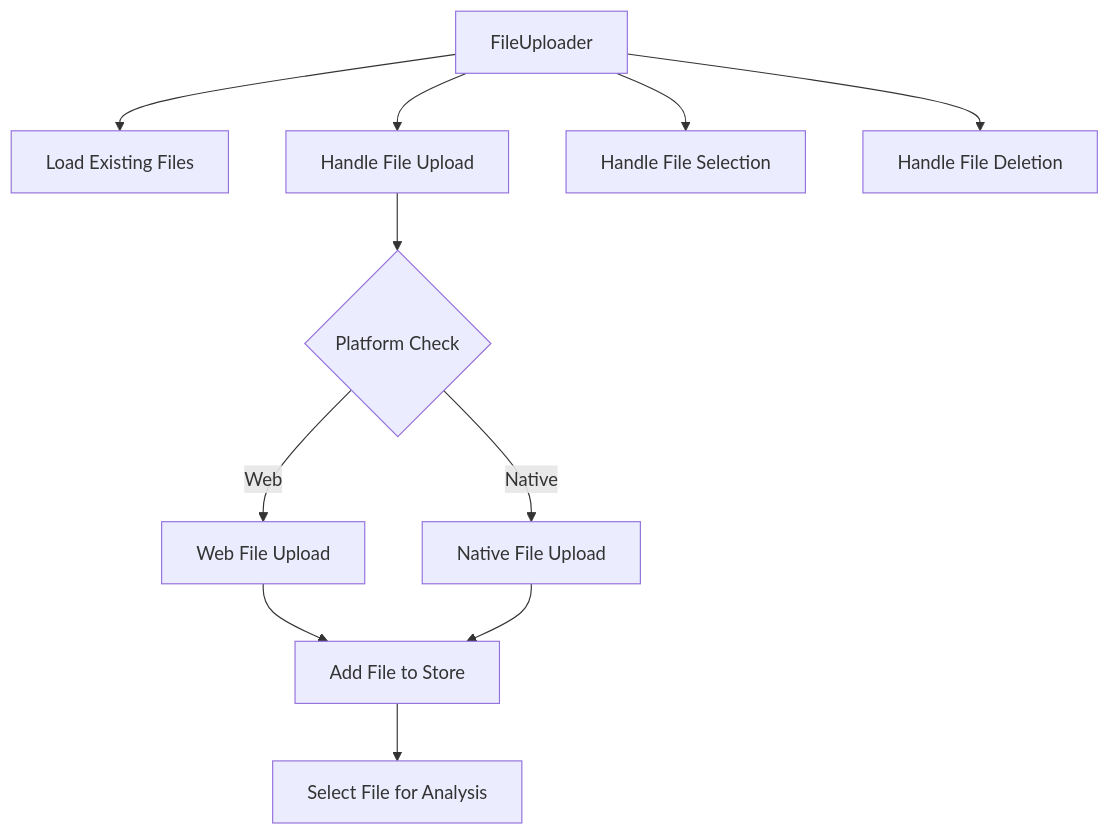
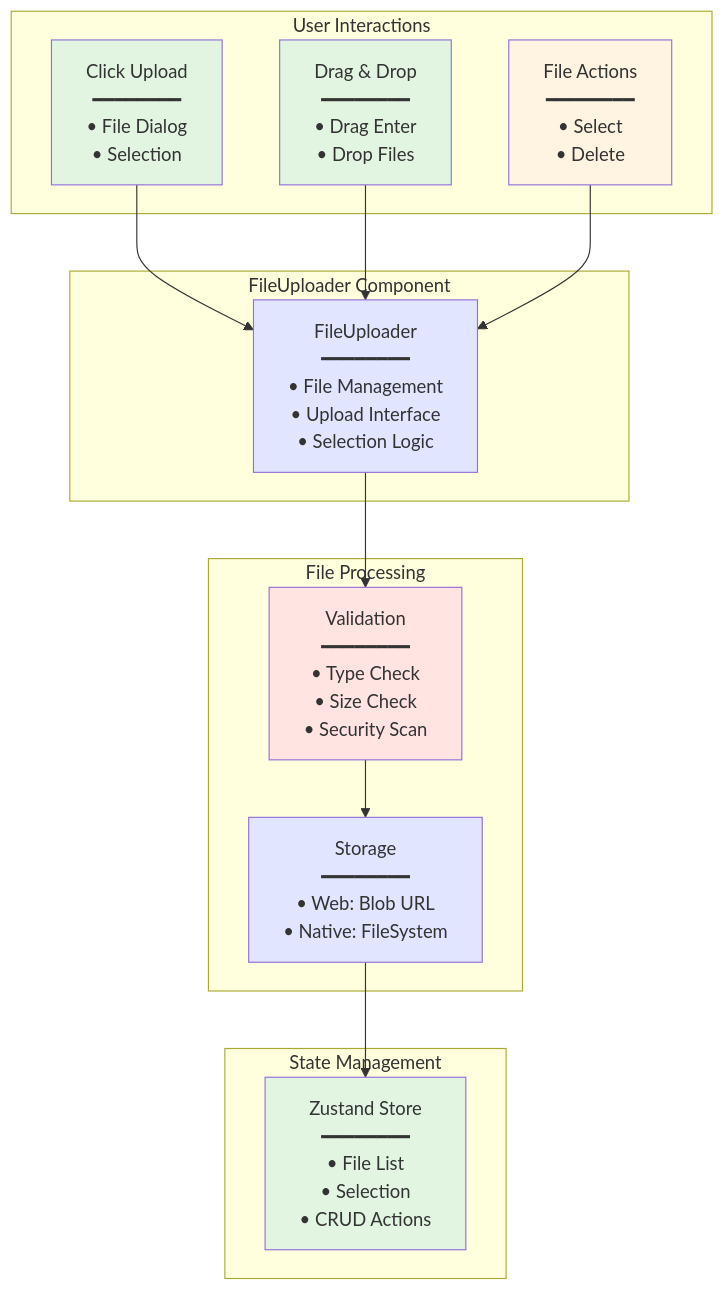
Before and after one commit to radicalkjax/Athena: the first of 13 diagrams in docs/components/FILE_UPLOADER.md, drawn with Mermaid. The commit also changed other lines of this file and 41 other files, not shown here.

````diff
--- a/docs/components/FILE_UPLOADER.md
+++ b/docs/components/FILE_UPLOADER.md
@@ -27,16 +34,36 @@
 ```mermaid
 graph TD
-    A[FileUploader] --> B[Load Existing Files]
-    A --> C[Handle File Upload]
-    A --> D[Handle File Selection]
-    A --> E[Handle File Deletion]
+    subgraph "FileUploader Component"
+        A[FileUploader<br/>━━━━━━━━<br/>• File Management<br/>• Upload Interface<br/>• Selection Logic]
+    end
     
-    C --> F{Platform Check}
-    F -->|Web| G[Web File Upload]
-    F -->|Native| H[Native File Upload]
+    subgraph "User Interactions"
+        B[Click Upload<br/>━━━━━━━━<br/>• File Dialog<br/>• Selection]
+        C[Drag & Drop<br/>━━━━━━━━<br/>• Drag Enter<br/>• Drop Files]
+        D[File Actions<br/>━━━━━━━━<br/>• Select<br/>• Delete]
+    end
     
-    G --> I[Add File to Store]
-    H --> I
+    subgraph "File Processing"
+        E[Validation<br/>━━━━━━━━<br/>• Type Check<br/>• Size Check<br/>• Security Scan]
+        F[Storage<br/>━━━━━━━━<br/>• Web: Blob URL<br/>• Native: FileSystem]
+    end
     
-    I --> J[Select File for Analysis]
+    subgraph "State Management"
+        G[Zustand Store<br/>━━━━━━━━<br/>• File List<br/>• Selection<br/>• CRUD Actions]
+    end
+    
+    B --> A
+    C --> A
+    D --> A
+    A --> E
+    E --> F
+    F --> G
+    
+    style A fill:#e1e5ff
+    style B fill:#e1f5e1
+    style C fill:#e1f5e1
+    style D fill:#fff4e1
+    style E fill:#ffe4e1
+    style F fill:#e1e5ff
+    style G fill:#e1f5e1
 ```
````
